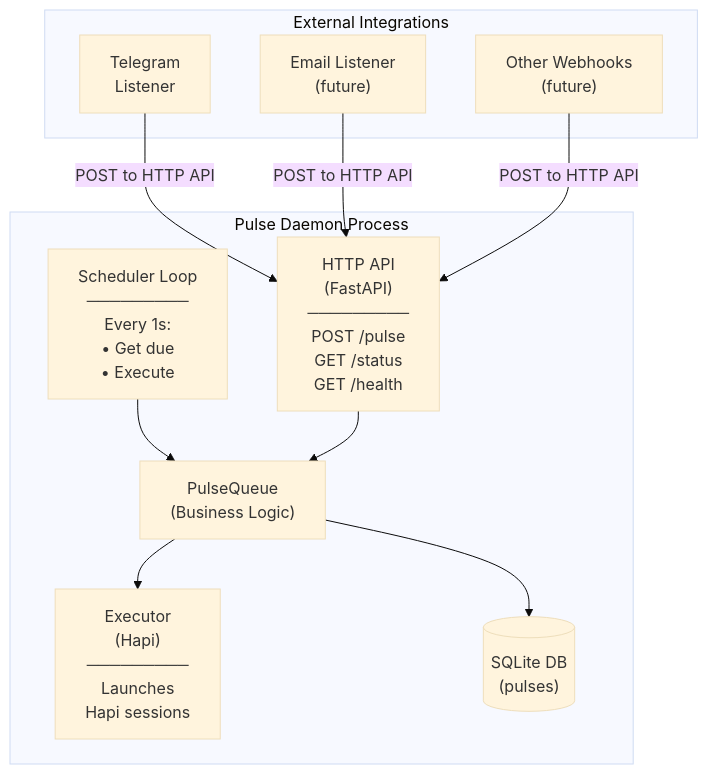
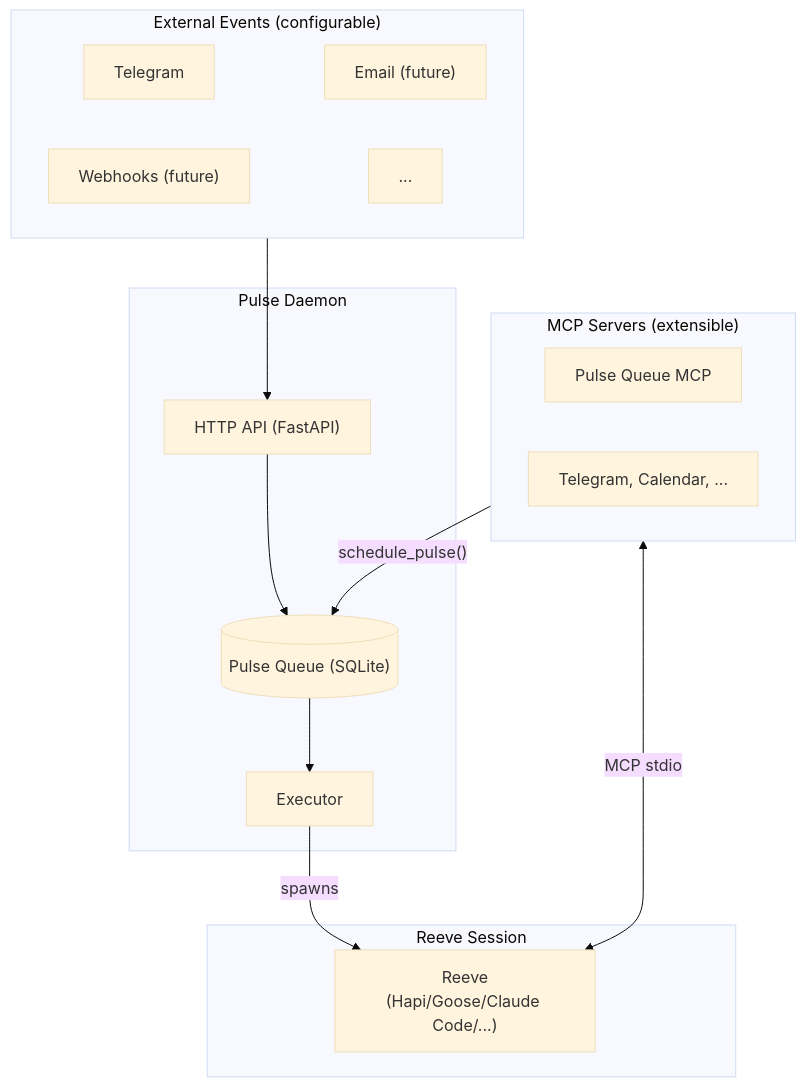
One commit to reubenjohn/reeve_bot changed the first of 2 diagrams in docs/index.md. Above: the diagram before and after it, drawn with Mermaid (base theme). The commit also changed other lines of this file, not shown here.

Commit message:
docs: Improve System Overview diagram with unified architecture
- Combine Reeve Ecosystem and Pulse Daemon into single vertical flowchart
- Show full data flow: External Events → Daemon → Reeve → MCP Servers
- Highlight extensibility with "..." nodes for events and MCPs
- Add self-scheduling loop (Pulse Queue MCP → Queue)
- Use vertical layout to reduce horizontal scrolling

````diff
--- a/docs/index.md
+++ b/docs/index.md
@@ -72,25 +58,39 @@
 ```mermaid
 flowchart TB
-    subgraph daemon["Pulse Daemon Process"]
-        scheduler["Scheduler Loop<br/>─────────<br/>Every 1s:<br/>• Get due<br/>• Execute"]
-        api["HTTP API<br/>(FastAPI)<br/>─────────<br/>POST /pulse<br/>GET /status<br/>GET /health"]
-        executor["Executor<br/>(Hapi)<br/>─────────<br/>Launches<br/>Hapi sessions"]
-        queue["PulseQueue<br/>(Business Logic)"]
-        db[("SQLite DB<br/>(pulses)")]
+    subgraph events["External Events (configurable)"]
+        direction LR
+        telegram_listener["Telegram"] ~~~ email_listener["Email (future)"] 
+        webhooks["Webhooks (future)"] ~~~ more_events["..."]
+    end
 
-        scheduler --> queue
+    subgraph daemon["Pulse Daemon"]
+        api["HTTP API (FastAPI)"]
+        queue[("Pulse Queue (SQLite)")]
+        executor["Executor"]
+
         api --> queue
         queue --> executor
-        queue --> db
     end
 
-    subgraph integrations["External Integrations"]
-        telegram_listener["Telegram<br/>Listener"]
-        email_listener["Email Listener<br/>(future)"]
-        webhooks["Other Webhooks<br/>(future)"]
+    subgraph session["Reeve Session"]
+        reeve["Reeve<br/>(Hapi/Goose/Claude Code/...)"]
     end
 
-    telegram_listener -- "POST to HTTP API" --> api
-    email_listener -- "POST to HTTP API" --> api
-    webhooks -- "POST to HTTP API" --> api
+    subgraph mcps["MCP Servers (extensible)"]
+        direction LR
+        pulse_mcp["Pulse Queue MCP"]
+        other_mcp["Telegram, Calendar, ..."]
+    end
+
+    %% External events feed into daemon
+    events --> api
+
+    %% Executor spawns Reeve session
+    executor -- "spawns" --> reeve
+
+    %% Reeve connects to MCP servers
+    reeve <-- "MCP stdio" --> mcps
+
+    %% Self-scheduling loop
+    pulse_mcp -- "schedule_pulse()" --> queue
 ```
````
